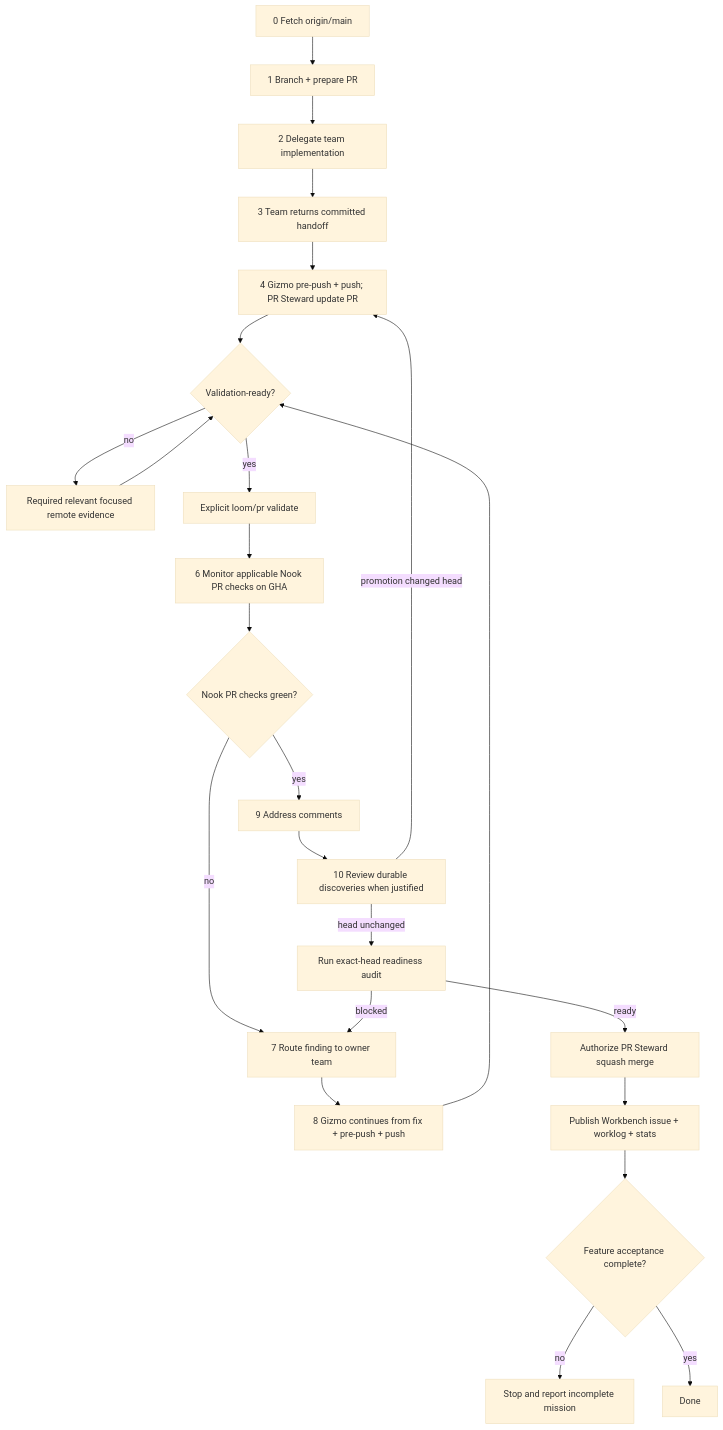
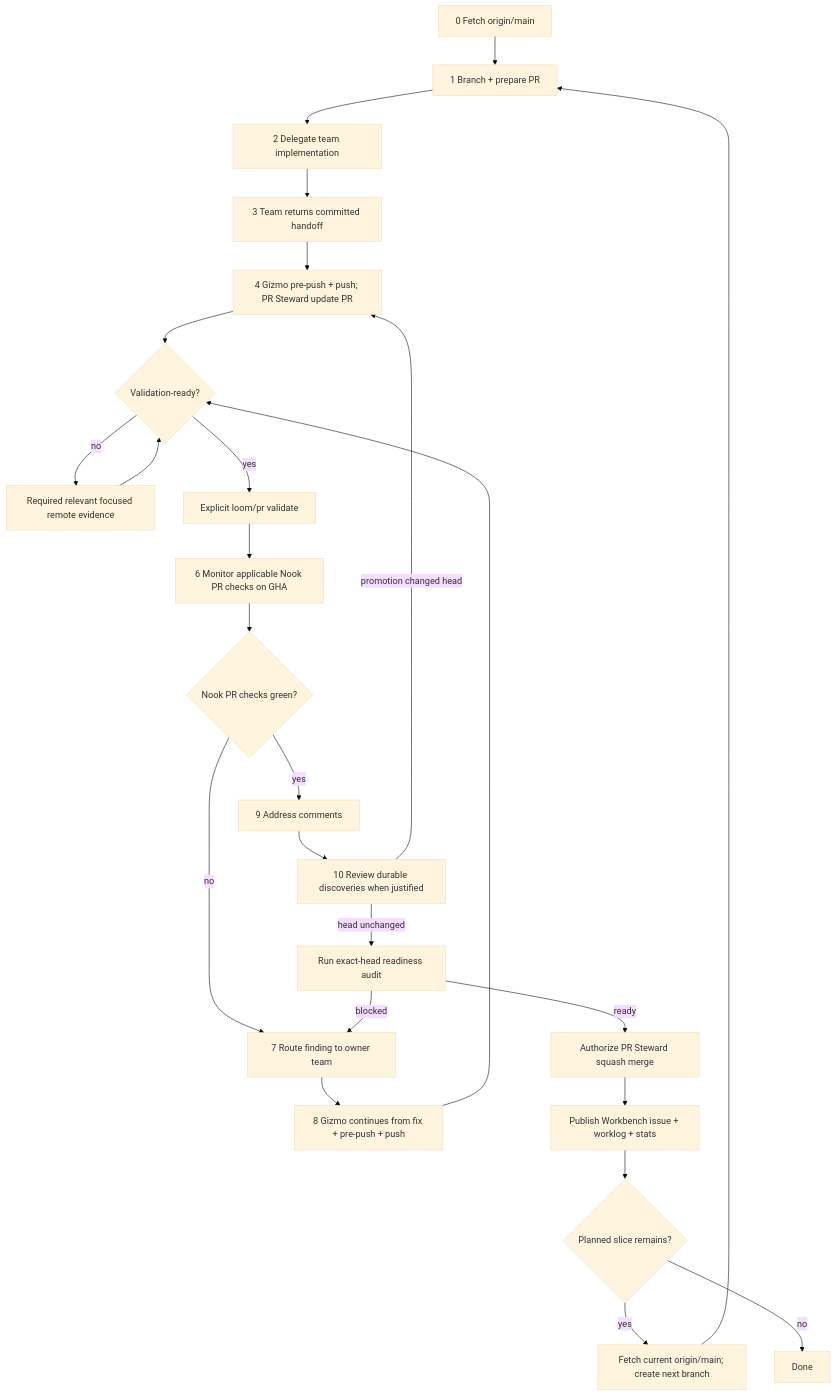
The diagram in .cortex/gizmo/workflows/pull-requests.md (meta-secret/nook), drawn with Mermaid (base theme) before and after one commit. The commit also changed other lines of this file and 11 other files, not shown here.

````diff
--- a/.cortex/gizmo/workflows/pull-requests.md
+++ b/.cortex/gizmo/workflows/pull-requests.md
@@ -341,26 +369,27 @@
 ```mermaid
 flowchart TD
   Z[0 Fetch origin/main] --> A[1 Branch + prepare PR]
   A --> I[2 Delegate team implementation]
   I --> CMT[3 Team returns committed handoff]
   CMT --> E[4 Gizmo pre-push + push; PR Steward update PR]
   E --> D{Validation-ready?}
   D -->|no| X[Required relevant focused remote evidence]
   D -->|yes| V[Explicit loom/pr validate]
   X --> D
   V --> F[6 Monitor applicable Nook PR checks on GHA]
   F --> G{Nook PR checks green?}
   G -->|no| H[7 Route finding to owner team]
   H --> PUSH[8 Gizmo continues from fix + pre-push + push]
   PUSH --> D
   G -->|yes| C[9 Address comments]
   C --> SI[10 Review durable discoveries when justified]
   SI -->|promotion changed head| E
   SI -->|head unchanged| R[Run exact-head readiness audit]
   R -->|blocked| H
   R -->|ready| M[Authorize PR Steward squash merge]
   M --> S[Publish Workbench issue + worklog + stats]
-  S --> J{Feature acceptance complete?}
-  J -->|no| B[Stop and report incomplete mission]
-  J -->|yes| K[Done]
+  S --> J{Planned slice remains?}
+  J -->|yes| B[Fetch current origin/main; create next branch]
+  B --> A
+  J -->|no| K[Done]
 ```
````
